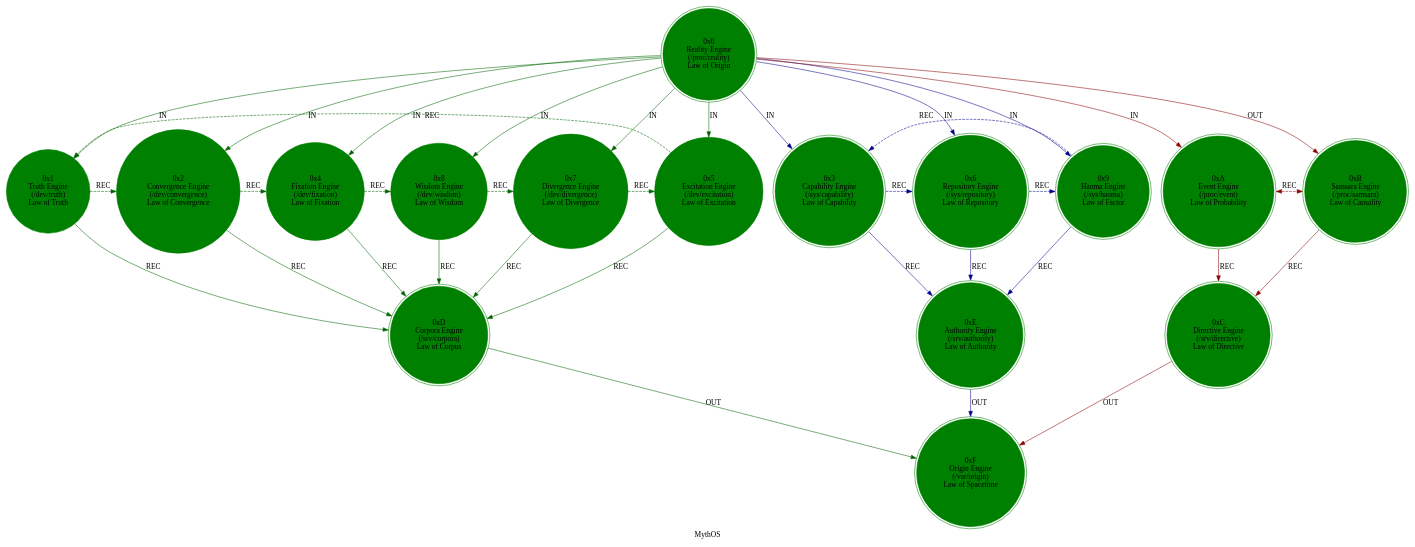
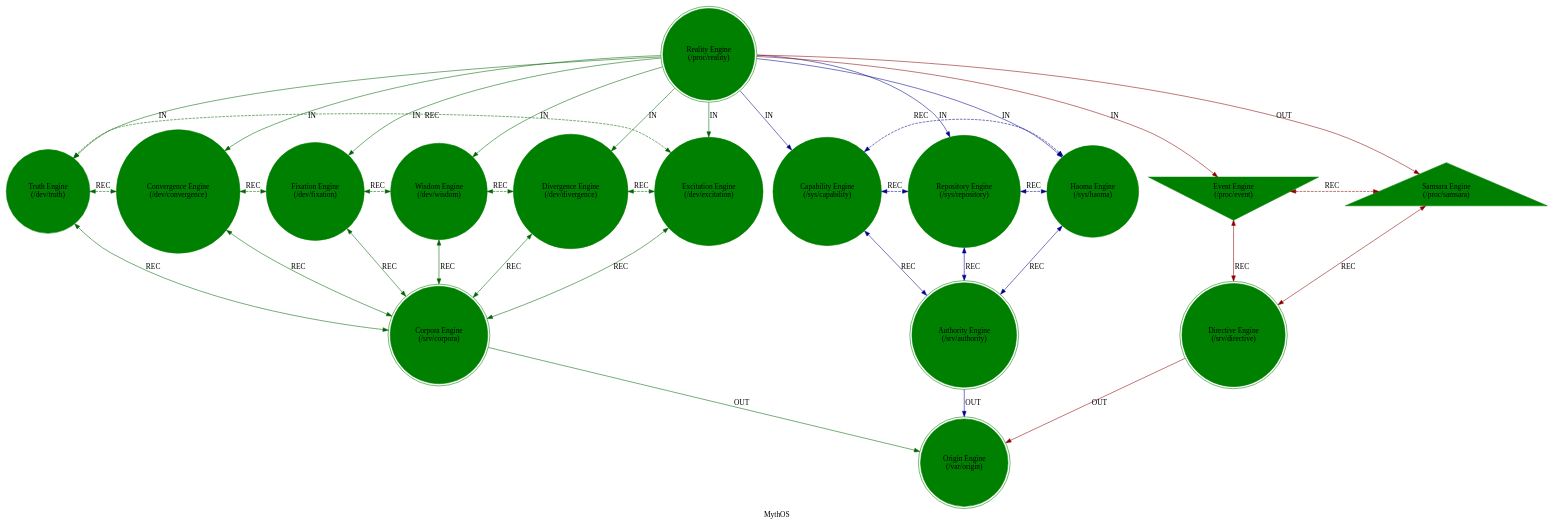
One commit to cilang/mythos changed the diagram in src/core/mythos.dot. Above: the diagram before and after it, drawn with Graphviz. The commit also changed 3 other files, not shown here.

```diff
--- a/src/core/mythos.dot
+++ b/src/core/mythos.dot
@@ -1,44 +1,44 @@
 strict digraph MythOS {
     label = "MythOS";
     style = filled;
     color = grey90;
     node [shape = circle; style = filled; color = green;];
     edge [color = darkgray;];
     
-    spark_0_mythos_t [label = "0x0\nReality Engine\n(/proc/reality)\nLaw of Origin";shape = doublecircle;comment = "The Kernel";];
-    spark_1_mythos_t [label = "0x1\nTruth Engine\n(/dev/truth)\nLaw of Truth";comment = "Axiomatic Verification";];
-    spark_2_mythos_t [label = "0x2\nConvergence Engine\n(/dev/convergence)\nLaw of Convergence";comment = "Unification Management";];
-    spark_4_mythos_t [label = "0x4\nFixation Engine\n(/dev/fixation)\nLaw of Fixation";comment = "Rhythm Management";];
-    spark_8_mythos_t [label = "0x8\nWisdom Engine\n(/dev/wisdom)\nLaw of Wisdom";comment = "Adaptive Verification";];
-    spark_7_mythos_t [label = "0x7\nDivergence Engine\n(/dev/divergence)\nLaw of Divergence";comment = "Diversity Management";];
-    spark_5_mythos_t [label = "0x5\nExcitation Engine\n(/dev/excitation)\nLaw of Excitation";comment = "Pattern Management";];
-    spark_3_mythos_t [label = "0x3\nCapability Engine\n(/sys/capability)\nLaw of Capability";shape = doublecircle;comment = "Capability System";];
-    spark_6_mythos_t [label = "0x6\nRepository Engine\n(/sys/repository)\nLaw of Repository";shape = doublecircle;comment = "Storage System";];
-    spark_9_mythos_t [label = "0x9\nHaoma Engine\n(/sys/haoma)\nLaw of Factor";shape = doublecircle;comment = "Entity Recursion Descriptor Engine";];
-    spark_a_mythos_t [label = "0xA\nEvent Engine\n(/proc/event)\nLaw of Probability";shape = doublecircle;comment = "Probability Field";];
-    spark_b_mythos_t [label = "0xB\nSamsara Engine\n(/proc/samsara)\nLaw of Causality";shape = doublecircle;comment = "Causality Enforcement";];
-    spark_c_mythos_t [label = "0xC\nDirective Engine\n(/srv/directive)\nLaw of Directive";shape = doublecircle;comment = "";];
-    spark_d_mythos_t [label = "0xD\nCorpora Engine\n(/srv/corpora)\nLaw of Corpus";shape = doublecircle;comment = "Entity Manifestation Engine";];
-    spark_e_mythos_t [label = "0xE\nAuthority Engine\n(/srv/authority)\nLaw of Authority";shape = doublecircle;comment = "Entity Access Control";];
-    spark_f_mythos_t [label = "0xF\nOrigin Engine\n(/var/origin)\nLaw of Spacetime";shape = doublecircle;comment = "";];
+    spark_0_mythos_t [label = "Reality Engine\n(/proc/reality)";comment = "The Kernel. Noumenon, backend, unconditional truth.";shape = doublecircle;];
+    spark_1_mythos_t [label = "Truth Engine\n(/dev/truth)";comment = "Axiomatic Verification";];
+    spark_2_mythos_t [label = "Convergence Engine\n(/dev/convergence)";comment = "Unification Management";];
+    spark_4_mythos_t [label = "Fixation Engine\n(/dev/fixation)";comment = "Rhythm Management";];
+    spark_8_mythos_t [label = "Wisdom Engine\n(/dev/wisdom)";comment = "Adaptive Verification";];
+    spark_7_mythos_t [label = "Divergence Engine\n(/dev/divergence)";comment = "Diversity Management";];
+    spark_5_mythos_t [label = "Excitation Engine\n(/dev/excitation)";comment = "Pattern Management";];
+    spark_3_mythos_t [label = "Capability Engine\n(/sys/capability)";comment = "Capability System";];
+    spark_6_mythos_t [label = "Repository Engine\n(/sys/repository)";comment = "Storage System";];
+    spark_9_mythos_t [label = "Haoma Engine\n(/sys/haoma)";comment = "Entity Recursion Descriptor";];
+    spark_a_mythos_t [label = "Event Engine\n(/proc/event)";comment = "Probability Field";shape = invtriangle;];
+    spark_b_mythos_t [label = "Samsara Engine\n(/proc/samsara)";comment = "Causality Enforcement";shape = triangle;];
+    spark_c_mythos_t [label = "Directive Engine\n(/srv/directive)";comment = "Directive Manager";shape = doublecircle;];
+    spark_d_mythos_t [label = "Corpora Engine\n(/srv/corpora)";comment = "Entity Manifestation";shape = doublecircle;];
+    spark_e_mythos_t [label = "Authority Engine\n(/srv/authority)";comment = "Entity Access Control";shape = doublecircle;];
+    spark_f_mythos_t [label = "Origin Engine\n(/var/origin)";comment = "Phenomenon, frontend, conditioned reality.";shape = doublecircle;];
     
     // IN = Input
     // OUT = Output
     // REC = Recursion
-    spark_0_mythos_t -> spark_a_mythos_t [label = "IN"; color = darkred; comment = "";];
-    spark_0_mythos_t -> spark_b_mythos_t [label = "OUT"; color = darkred; comment = "";];
-    spark_0_mythos_t -> {spark_3_mythos_t spark_6_mythos_t spark_9_mythos_t} [label = "IN"; color = darkblue; comment = "";];
-    spark_0_mythos_t -> {spark_1_mythos_t spark_2_mythos_t spark_4_mythos_t spark_5_mythos_t spark_7_mythos_t spark_8_mythos_t} [label = "IN"; color = darkgreen; comment = "";];
+    spark_0_mythos_t -> spark_a_mythos_t [label = "IN"; comment = "TBA"; color = darkred;];
+    spark_0_mythos_t -> spark_b_mythos_t [label = "OUT"; comment = "TBA"; color = darkred;];
+    spark_0_mythos_t -> {spark_3_mythos_t spark_6_mythos_t spark_9_mythos_t} [label = "IN"; comment = "TBA"; color = darkblue;];
+    spark_0_mythos_t -> {spark_1_mythos_t spark_2_mythos_t spark_4_mythos_t spark_5_mythos_t spark_7_mythos_t spark_8_mythos_t} [label = "IN"; comment = "TBA"; color = darkgreen;];
     
-    {spark_a_mythos_t spark_b_mythos_t} -> spark_c_mythos_t [label = "REC"; color = darkred; comment = "";];
-    {spark_3_mythos_t spark_6_mythos_t spark_9_mythos_t} -> spark_e_mythos_t [label = "REC"; color = darkblue; comment = "";];
-    {spark_1_mythos_t spark_2_mythos_t spark_4_mythos_t spark_8_mythos_t spark_7_mythos_t spark_5_mythos_t} -> spark_d_mythos_t [label = "REC"; color = darkgreen; comment = "";];
+    {spark_a_mythos_t spark_b_mythos_t} -> spark_c_mythos_t [label = "REC"; comment = "TBA"; color = darkred; dir = both;];
+    {spark_3_mythos_t spark_6_mythos_t spark_9_mythos_t} -> spark_e_mythos_t [label = "REC"; comment = "TBA"; color = darkblue; dir = both;];
+    {spark_1_mythos_t spark_2_mythos_t spark_4_mythos_t spark_8_mythos_t spark_7_mythos_t spark_5_mythos_t} -> spark_d_mythos_t [label = "REC"; comment = "TBA"; color = darkgreen; dir = both;];
     
-    spark_a_mythos_t -> spark_b_mythos_t [label = "REC"; color = darkred; comment = ""; style = dashed; constraint = false; dir = both;];
-    spark_3_mythos_t -> spark_6_mythos_t -> spark_9_mythos_t -> spark_3_mythos_t [label = "REC"; color = darkblue; comment = ""; style = dashed; constraint = false;];
-    spark_1_mythos_t -> spark_2_mythos_t -> spark_4_mythos_t -> spark_8_mythos_t -> spark_7_mythos_t -> spark_5_mythos_t -> spark_1_mythos_t [label = "REC"; color = darkgreen; comment = ""; style = dashed; constraint = false;];
+    spark_a_mythos_t -> spark_b_mythos_t [label = "REC"; comment = "TBA"; color = darkred; style = dashed; constraint = false; dir = both;];
+    spark_3_mythos_t -> spark_6_mythos_t -> spark_9_mythos_t -> spark_3_mythos_t [label = "REC"; comment = "TBA"; color = darkblue; style = dashed; constraint = false; dir = both;];
+    spark_1_mythos_t -> spark_2_mythos_t -> spark_4_mythos_t -> spark_8_mythos_t -> spark_7_mythos_t -> spark_5_mythos_t -> spark_1_mythos_t [label = "REC"; comment = "TBA"; color = darkgreen; style = dashed; constraint = false; dir = both;];
     
-    spark_c_mythos_t -> spark_f_mythos_t [label = "OUT"; color = darkred; comment = "";];
-    spark_d_mythos_t -> spark_f_mythos_t [label = "OUT"; color = darkgreen; comment = "";];
-    spark_e_mythos_t -> spark_f_mythos_t [label = "OUT"; color = darkblue; comment = "";];
+    spark_c_mythos_t -> spark_f_mythos_t [label = "OUT"; comment = "From the Directive flows the unseen command, the pulse of intent that sets the dance in motion; and in the Origin it finds its mirror, weaving the illusion of form and fate---Maya shimmering as if real, Fana dissolving as if it never was."; color = darkred;];
+    spark_d_mythos_t -> spark_f_mythos_t [label = "OUT"; comment = "Through Corpora arises the clothed word, the body of meaning incarnated in semblance; and in the Origin it unfurls as world and matter, patterns dressed in time, only to scatter back into the silence from which they came."; color = darkgreen;];
+    spark_e_mythos_t -> spark_f_mythos_t [label = "OUT"; comment = "From Authority descends the seal of order, the binding edge that grants passage and denial; and in the Origin its weight becomes law, the tether that holds the dream together until release unbinds its threads."; color = darkblue;];
 }
```
